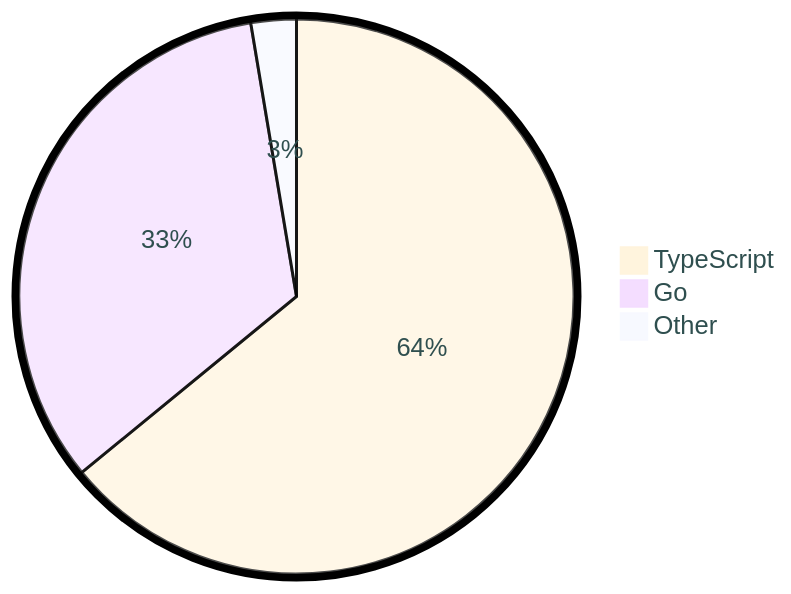
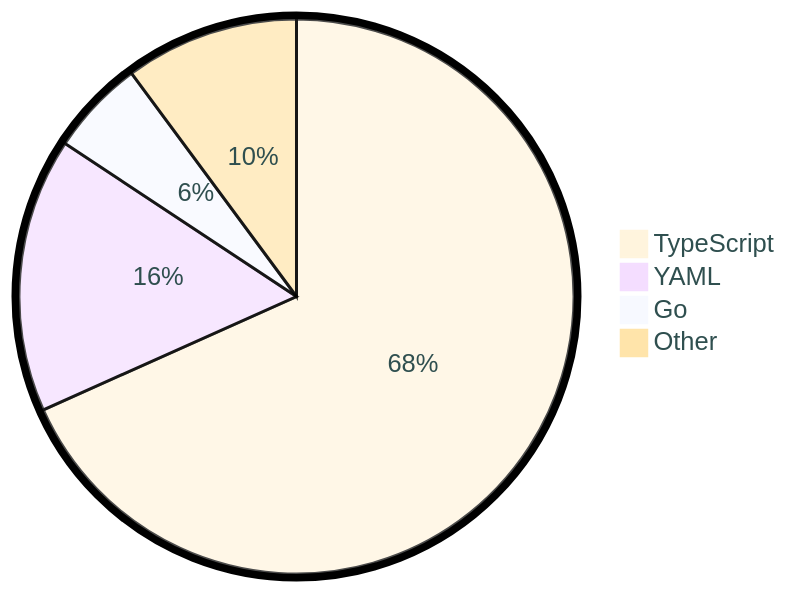
One commit to tot0p/tot0p changed the diagram in README.md. Above: the diagram before and after it, drawn with Mermaid. The commit also changed other lines of this file, not shown here.

````diff
--- a/README.md
+++ b/README.md
@@ -117,7 +122,8 @@
 ```mermaid
 %%{init: {"pie": {"textPosition": 0.5}, "themeVariables": {"pieOuterStrokeWidth": "5px","primaryTextColor" : "#2F4F4F"},"theme":"base"} }%%
 pie
-	"TypeScript": 64.08
-	"Go": 33.29
-	"Other": 2.64
+	"TypeScript": 68.3
+	"YAML": 16.0
+	"Go": 5.57
+	"Other": 10.129999999999999
 ```
````
